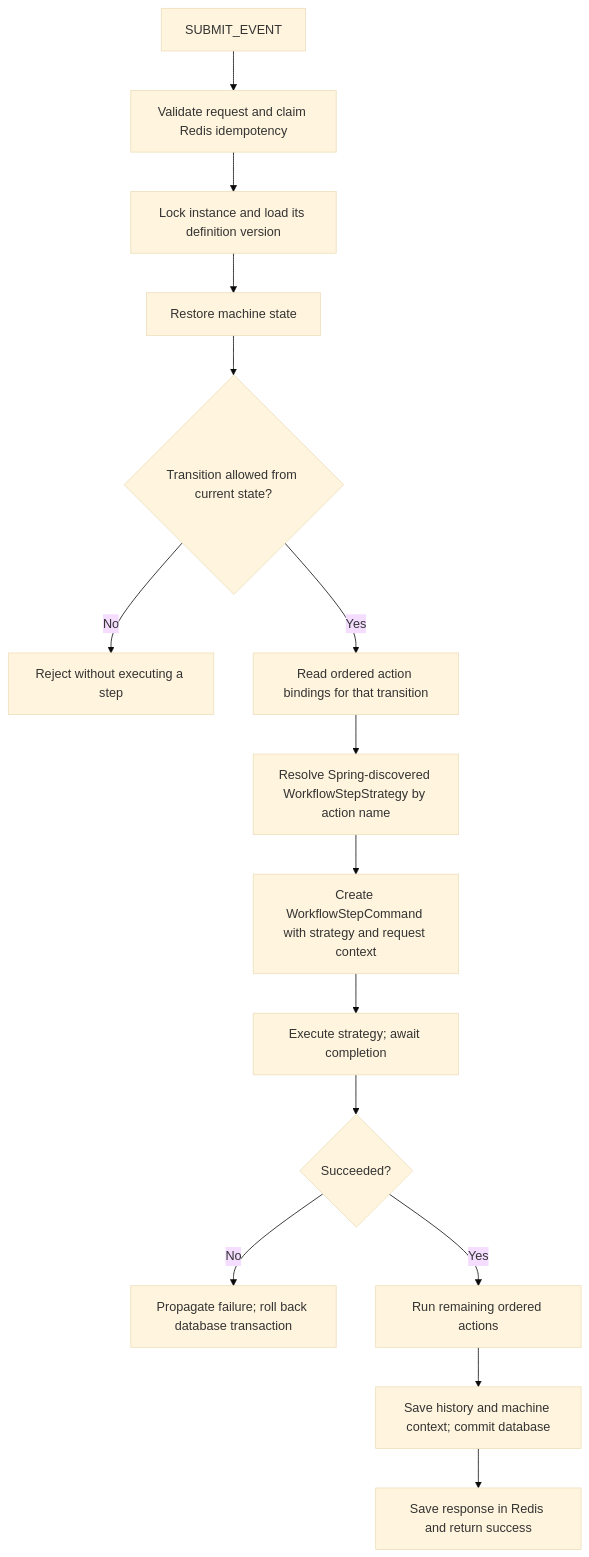
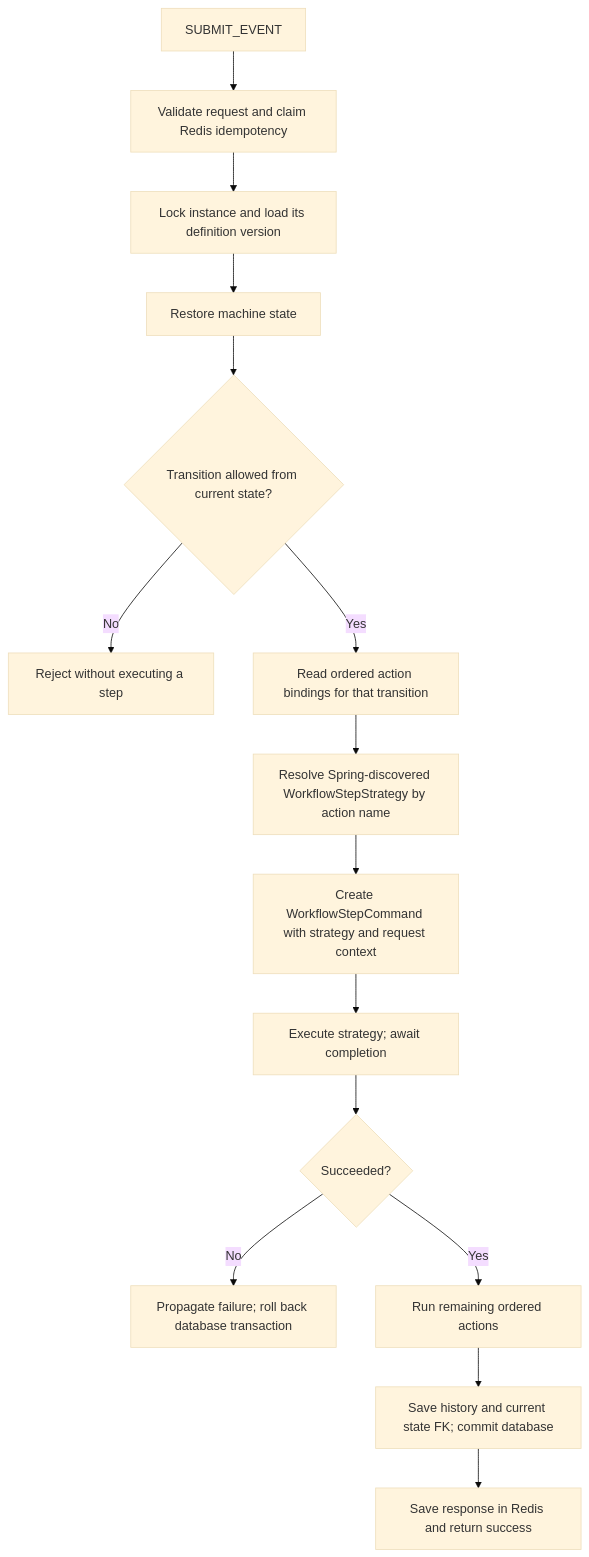
One commit to Raj25226/StateMachine-Brain-Service changed the diagram in docs/WORKFLOW_STEPS.md. Above: the diagram before and after it, drawn with Mermaid (base theme). The commit also changed other lines of this file and 20 other files, not shown here.

````diff
--- a/docs/WORKFLOW_STEPS.md
+++ b/docs/WORKFLOW_STEPS.md
@@ -32,17 +32,17 @@
 ```mermaid
 flowchart TD
     Request["SUBMIT_EVENT"] --> Validate["Validate request and claim Redis idempotency"]
     Validate --> Load["Lock instance and load its definition version"]
     Load --> Restore["Restore machine state"]
     Restore --> Allowed{"Transition allowed from current state?"}
     Allowed -->|No| Reject["Reject without executing a step"]
     Allowed -->|Yes| Binding["Read ordered action bindings for that transition"]
     Binding --> Registry["Resolve Spring-discovered WorkflowStepStrategy by action name"]
     Registry --> Command["Create WorkflowStepCommand with strategy and request context"]
     Command --> Execute["Execute strategy; await completion"]
     Execute --> Outcome{"Succeeded?"}
     Outcome -->|No| Rollback["Propagate failure; roll back database transaction"]
     Outcome -->|Yes| Bookkeeping["Run remaining ordered actions"]
-    Bookkeeping --> Persist["Save history and machine context; commit database"]
+    Bookkeeping --> Persist["Save history and current state FK; commit database"]
     Persist --> Redis["Save response in Redis and return success"]
 ```
````
